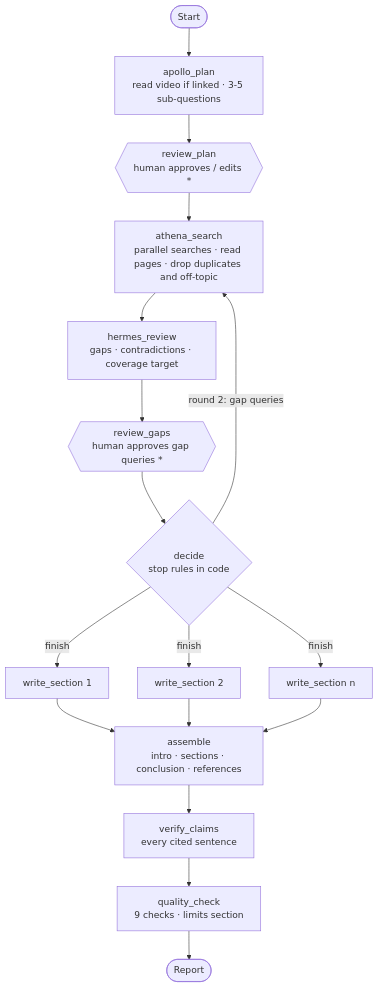
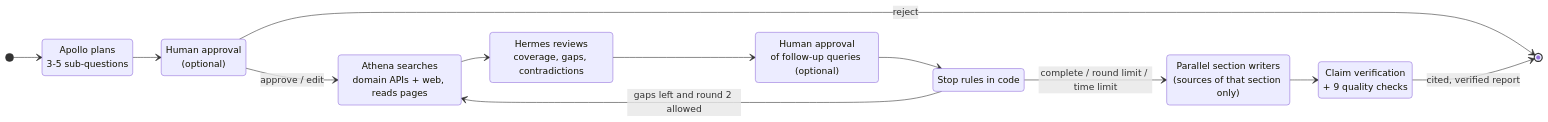
Before and after one commit to nirmaytripathi/Apollo: the second of 6 diagrams in README.md, drawn with Mermaid. The commit also changed other lines of this file, not shown here.

Commit message:
Rewrite README with architecture diagrams and project overview

````diff
--- a/README.md
+++ b/README.md
@@ -427,15 +115,23 @@
 ```mermaid
-flowchart TB
-    START([Start]) --> PLAN["apollo_plan<br/>read video if linked · 3-5 sub-questions"]
-    PLAN --> RP{{"review_plan<br/>human approves / edits *"}}
-    RP --> SEARCH["athena_search<br/>parallel searches · read pages · drop duplicates and off-topic"]
-    SEARCH --> REVIEW["hermes_review<br/>gaps · contradictions · coverage target"]
-    REVIEW --> RG{{"review_gaps<br/>human approves gap queries *"}}
-    RG --> DECIDE{"decide<br/>stop rules in code"}
-    DECIDE -- "round 2: gap queries" --> SEARCH
-    DECIDE -- "finish" --> W1["write_section 1"] & W2["write_section 2"] & WN["write_section n"]
-    W1 & W2 & WN --> ASM["assemble<br/>intro · sections · conclusion · references"]
-    ASM --> VER["verify_claims<br/>every cited sentence"]
-    VER --> QUAL["quality_check<br/>9 checks · limits section"]
-    QUAL --> END([Report])
+stateDiagram-v2
+    direction LR
+    [*] --> Plan
+    Plan: Apollo plans<br/>3-5 sub-questions
+    Plan --> ApprovePlan
+    ApprovePlan: Human approval<br/>(optional)
+    ApprovePlan --> Search : approve / edit
+    ApprovePlan --> [*] : reject
+    Search: Athena searches<br/>domain APIs + web, reads pages
+    Search --> Review
+    Review: Hermes reviews<br/>coverage, gaps, contradictions
+    Review --> ApproveGaps
+    ApproveGaps: Human approval<br/>of follow-up queries (optional)
+    ApproveGaps --> Decide
+    Decide: Stop rules in code
+    Decide --> Search : gaps left and round 2 allowed
+    Decide --> Write : complete / round limit / time limit
+    Write: Parallel section writers<br/>(sources of that section only)
+    Write --> Verify
+    Verify: Claim verification<br/>+ 9 quality checks
+    Verify --> [*] : cited, verified report
 ```
````
